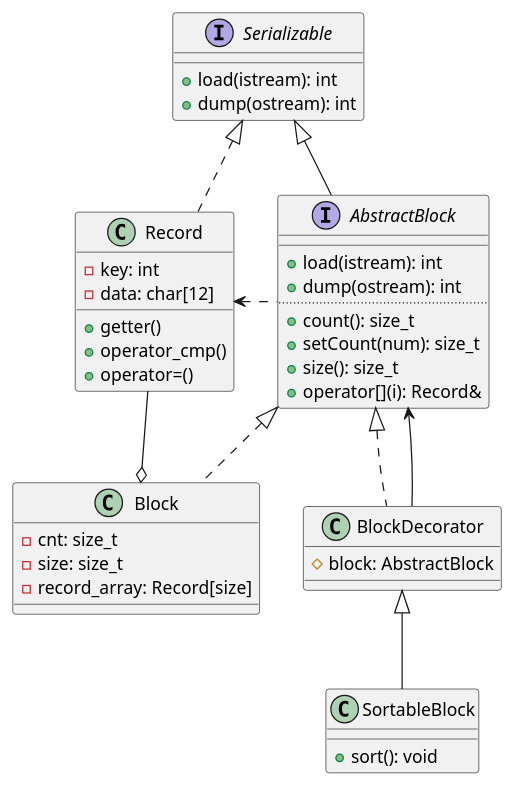
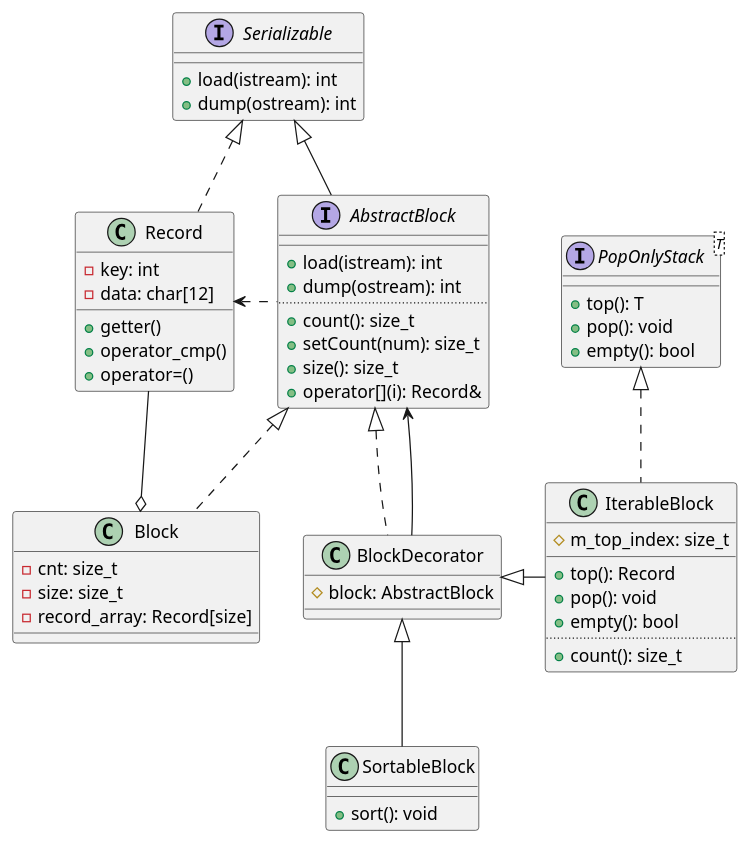
Before and after one commit to old6ix/HIT-Database-System-Labs: the diagram in docs/ClassDiagram.puml, drawn with PlantUML. The commit also changed 8 other files, not shown here.

```diff
--- a/docs/ClassDiagram.puml
+++ b/docs/ClassDiagram.puml
@@ -1,55 +1,76 @@
 interface Serializable
 {
     +load(istream): int
     +dump(ostream): int
 }
 
 class Record
 {
     -key: int
     -data: char[12]
     +getter()
     +operator_cmp()
     +operator=()
 }
 
 interface AbstractBlock
 {
     __
     +load(istream): int
     +dump(ostream): int
     ..
     +count(): size_t
     +setCount(num): size_t
     +size(): size_t
     +operator[](i): Record&
 }
 
 class Block
 {
     -cnt: size_t
     -size: size_t
     -record_array: Record[size]
 }
 
 class BlockDecorator
 {
     #block: AbstractBlock
 }
 
 class SortableBlock
 {
     +sort(): void
 }
 
+interface PopOnlyStack<T>
+{
+    +top(): T
+    +pop(): void
+    +empty(): bool
+}
+
+class IterableBlock
+{
+    #m_top_index: size_t
+    __
+    +top(): Record
+    +pop(): void
+    +empty(): bool
+    ..
+    +count(): size_t
+}
+
 Serializable <|.. Record
 Serializable <|-- AbstractBlock
 AbstractBlock <|.. BlockDecorator
 AbstractBlock <-- BlockDecorator
 
 BlockDecorator <|-- SortableBlock
+BlockDecorator <|- IterableBlock
 
 Record <. AbstractBlock
 AbstractBlock <|.. Block
 
+PopOnlyStack <|.. IterableBlock
+
 Record -o Block
```
